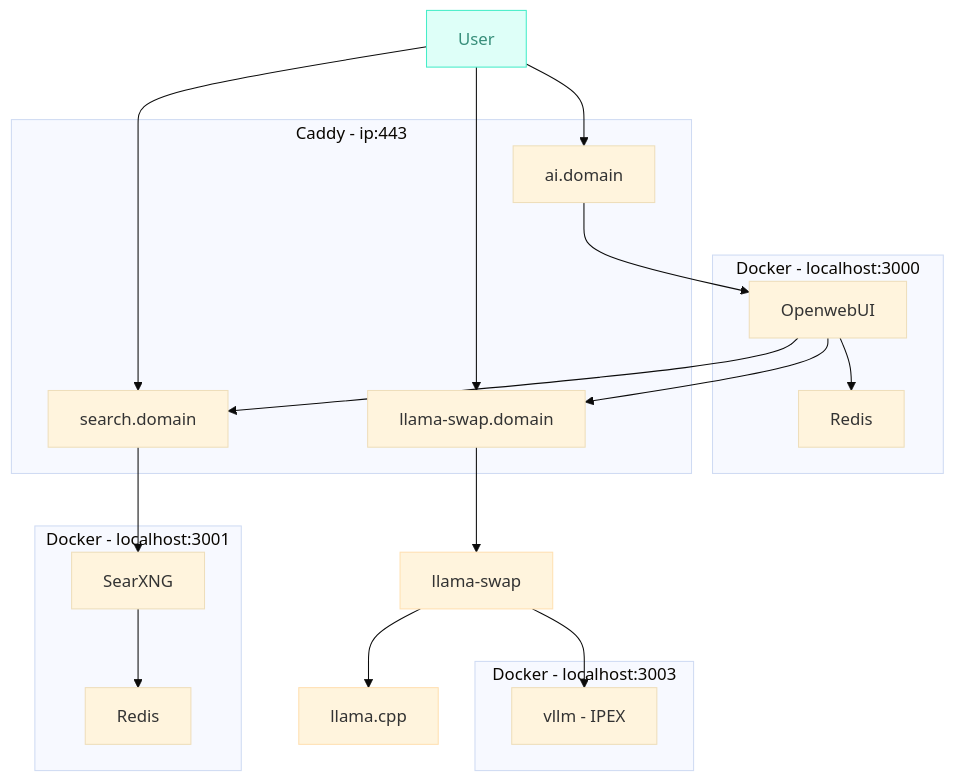
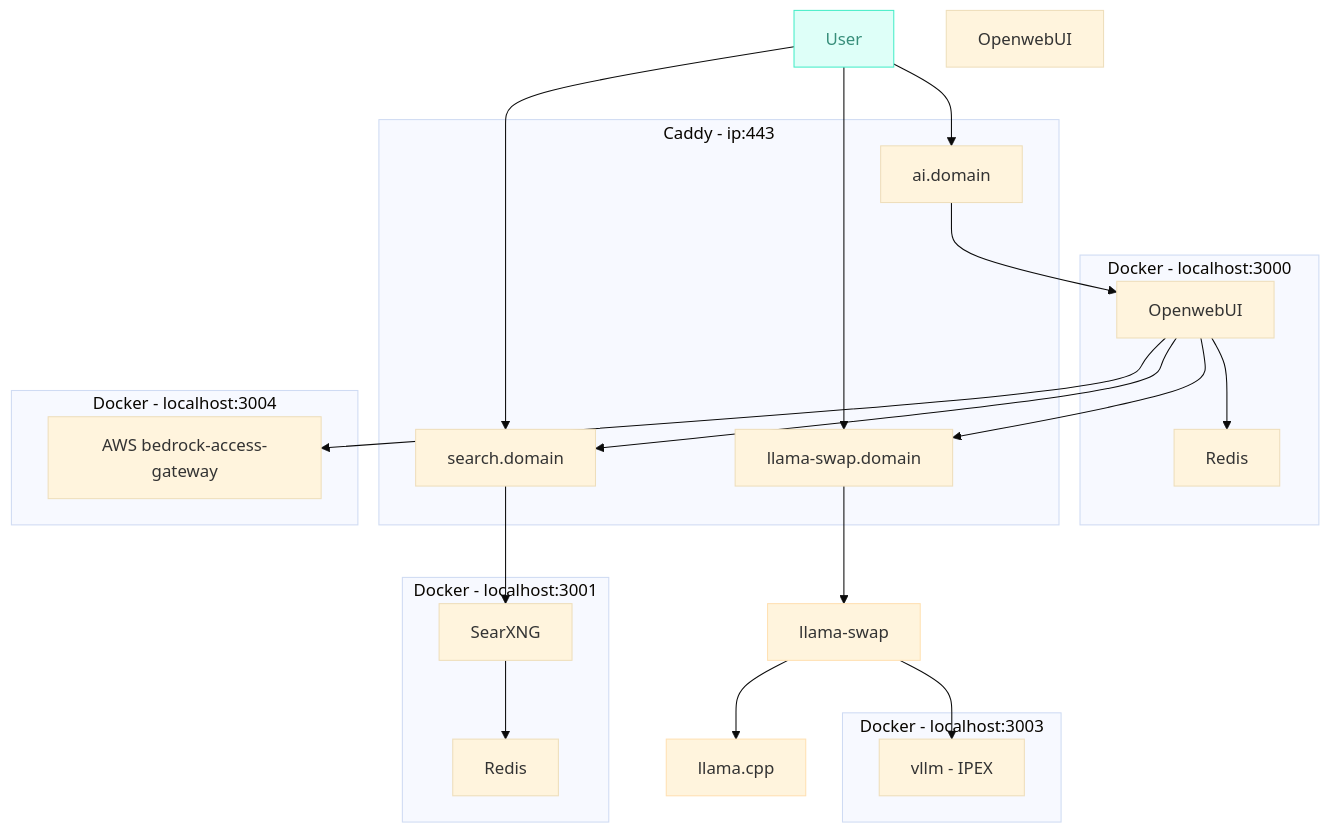
The diagram in README.md (cycl00ps/ai-lab), drawn with Mermaid (base theme) before and after one commit.

````diff
--- a/README.md
+++ b/README.md
@@ -12,35 +12,39 @@
 ```mermaid
 flowchart TD
  subgraph subGraph0["Docker - localhost:3000"]
         B["Redis"]
         A["OpenwebUI"]
   end
  subgraph subGraph1["Docker - localhost:3001"]
         D["Redis"]
         C["SearXNG"]
   end
  subgraph subGraph2["Caddy - ip:443"]
         E["ai.domain"]
         H["search.domain"]
         J["llama-swap.domain"]
   end
  subgraph subGraph3["Docker - localhost:3003"]
         K["vllm - IPEX"]
   end
-    A --> B & H & J
+ subgraph subGraph4["Docker - localhost:3004"]
+        L["AWS bedrock-access-gateway"]
+  end
+
+    A --> B & H & J & L
     C --> D
     E --> A
     H --> C
     F["llama-swap"] --> G["llama.cpp"]
     F --> K
     I["User"] --> E
     I["User"] --> H
     I --> J
     J --> F
-
+OpenwebUI
      I:::Aqua
     classDef Aqua stroke-width:1px, stroke-dasharray:none, stroke:#46EDC8, fill:#DEFFF8, color:#378E7A
     style F stroke:#FFE0B2
     style G stroke:#FFE0B2
     style subGraph2 stroke:#FFE0B2```
 ```
````
